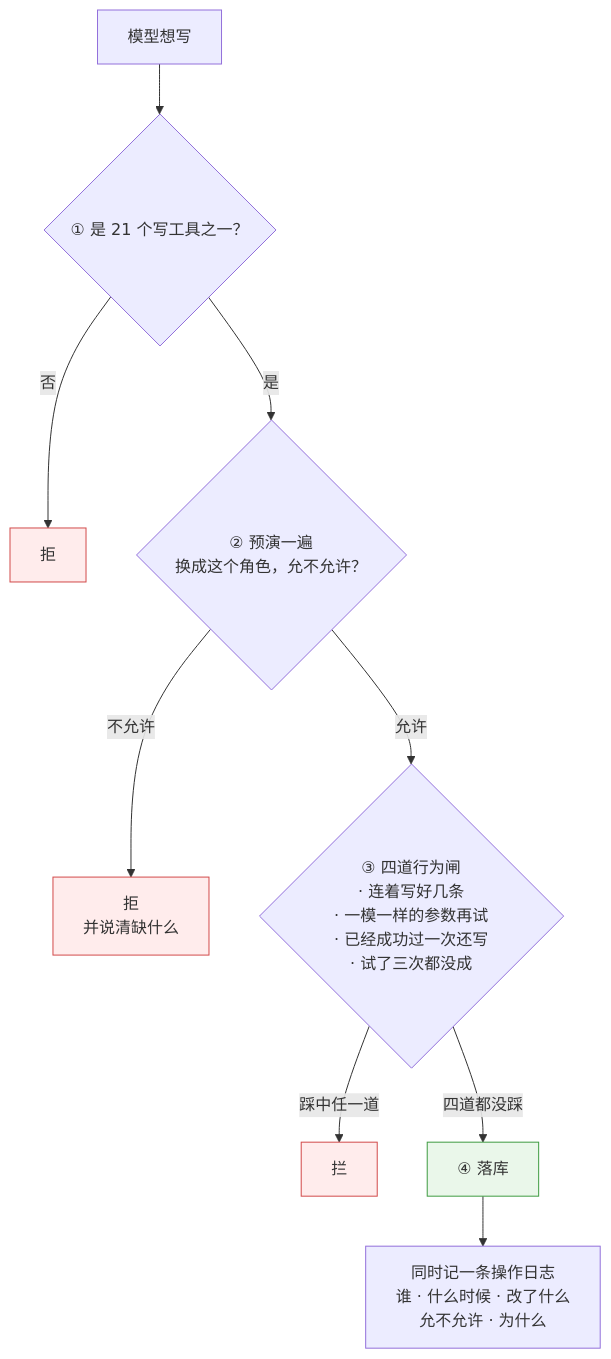
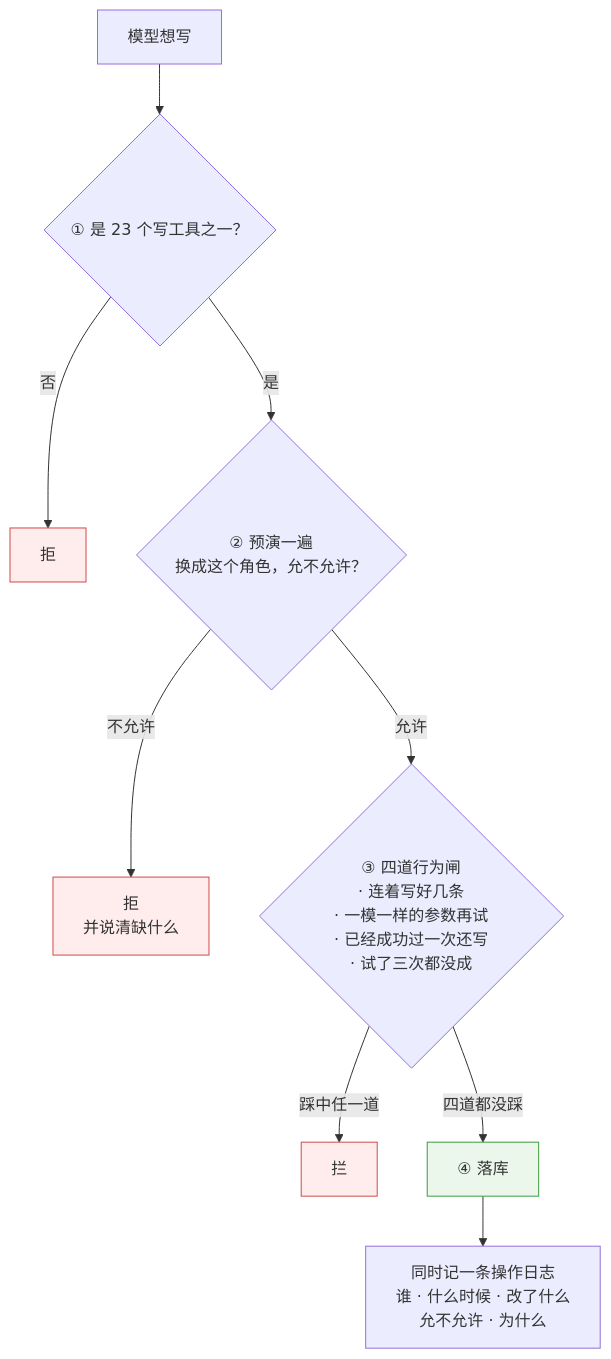
The second of 3 diagrams in 澜绣云裳agent-产品说明.md (843773296-rgb/lanxiu-yunshang-agent), drawn with Mermaid before and after one commit. The commit also changed other lines of this file and 4 other files, not shown here.

````diff
--- a/澜绣云裳agent-产品说明.md
+++ b/澜绣云裳agent-产品说明.md
@@ -268,16 +268,16 @@
 ```mermaid
 flowchart TD
-    A["模型想写"] --> B{"① 是 21 个写工具之一？"}
+    A["模型想写"] --> B{"① 是 23 个写工具之一？"}
     B -- 否 --> X1["拒"]
     B -- 是 --> C{"② 预演一遍<br/>换成这个角色，允不允许？"}
     C -- 不允许 --> X2["拒<br/>并说清缺什么"]
     C -- 允许 --> D{"③ 四道行为闸<br/>· 连着写好几条<br/>· 一模一样的参数再试<br/>· 已经成功过一次还写<br/>· 试了三次都没成"}
     D -- "踩中任一道" --> X3["拦"]
     D -- "四道都没踩" --> E["④ 落库"]
     E --> F["同时记一条操作日志<br/>谁 · 什么时候 · 改了什么<br/>允不允许 · 为什么"]
 
     style X1 fill:#ffecec,stroke:#d24a4a
     style X2 fill:#ffecec,stroke:#d24a4a
     style X3 fill:#ffecec,stroke:#d24a4a
     style E fill:#eaf7ea,stroke:#3f9c42
 ```
````
